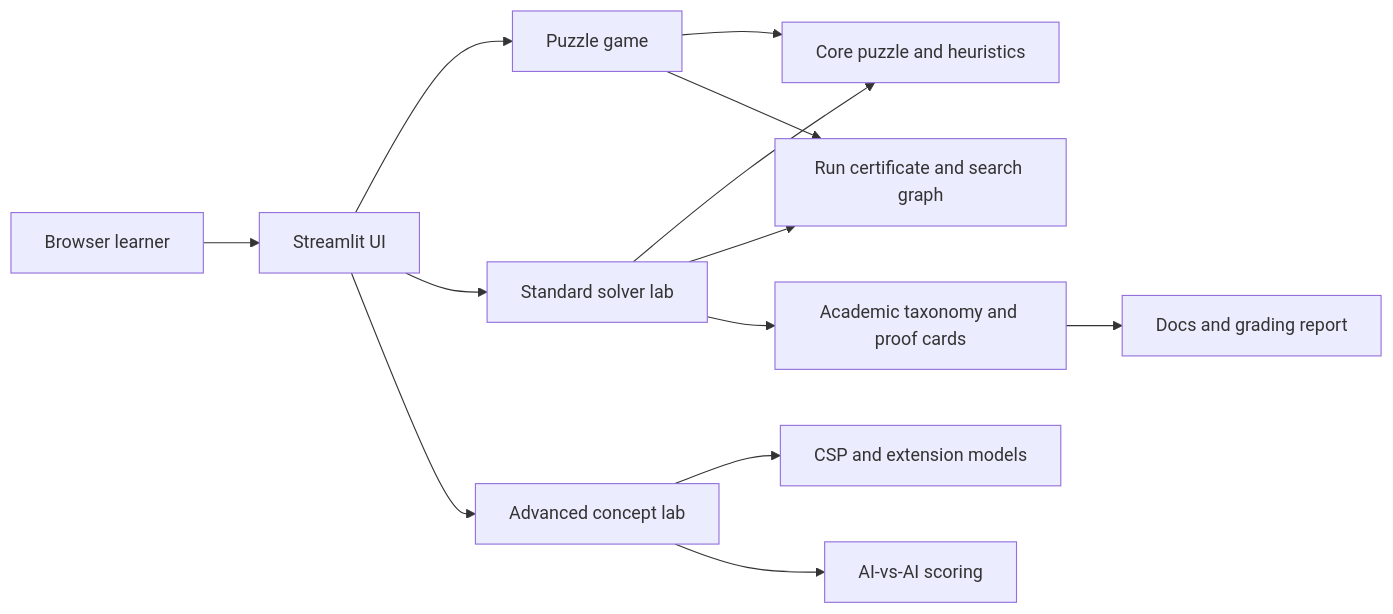
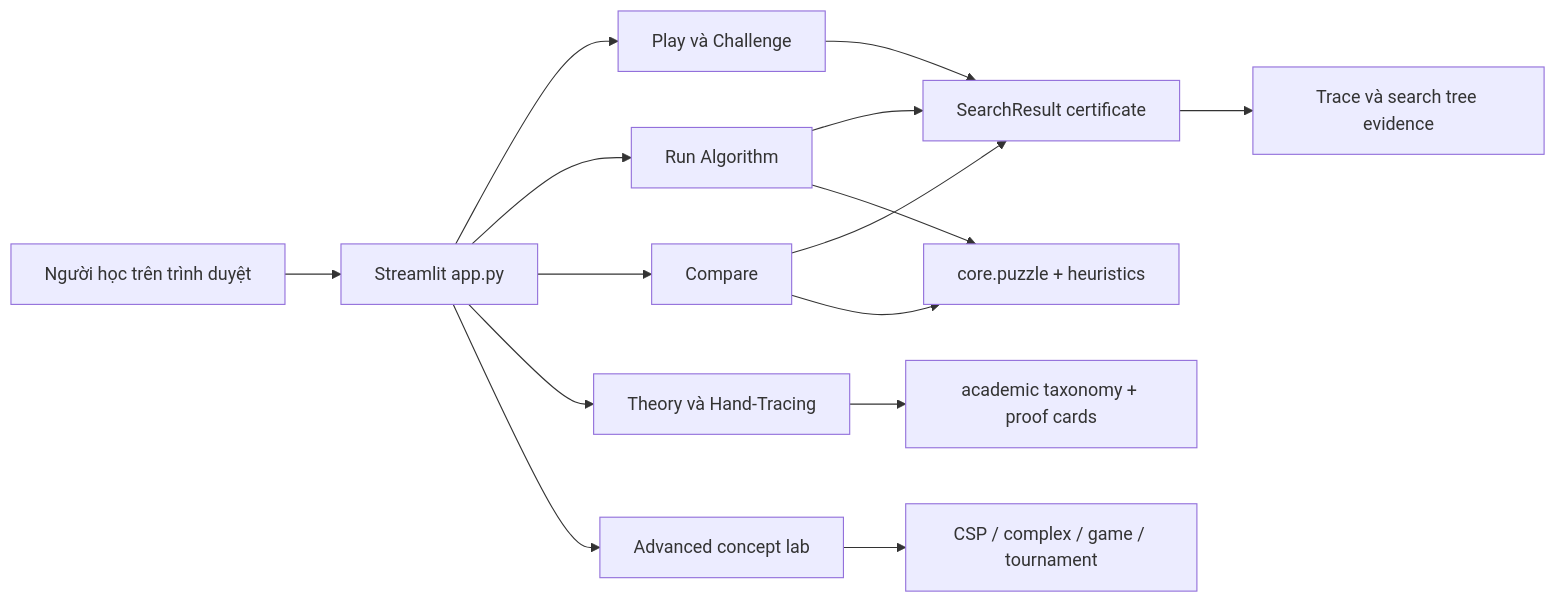
Before and after one commit to JasonTM17/AI_Algothrithm_Study_University: the diagram in docs/system-architecture.md, drawn with Mermaid. The commit also changed other lines of this file and 10 other files, not shown here.

````diff
--- a/docs/system-architecture.md
+++ b/docs/system-architecture.md
@@ -3,15 +3,17 @@
 ```mermaid
 flowchart LR
-    U[Browser learner] --> S[Streamlit UI]
-    S --> P[Puzzle game]
-    S --> R[Standard solver lab]
-    S --> A[Advanced concept lab]
-    R --> C[Core puzzle and heuristics]
-    R --> G[Run certificate and search graph]
-    R --> T[Academic taxonomy and proof cards]
-    P --> C
-    P --> G
-    A --> M[CSP and extension models]
-    A --> O[AI-vs-AI scoring]
-    T --> D[Docs and grading report]
+    U["Người học trên trình duyệt"] --> S["Streamlit app.py"]
+    S --> P["Play và Challenge"]
+    S --> R["Run Algorithm"]
+    S --> C["Compare"]
+    S --> T["Theory và Hand-Tracing"]
+    S --> A["Advanced concept lab"]
+    R --> M["SearchResult certificate"]
+    C --> M
+    P --> M
+    M --> G["Trace và search tree evidence"]
+    R --> D["core.puzzle + heuristics"]
+    C --> D
+    A --> X["CSP / complex / game / tournament"]
+    T --> K["academic taxonomy + proof cards"]
 ```
````
